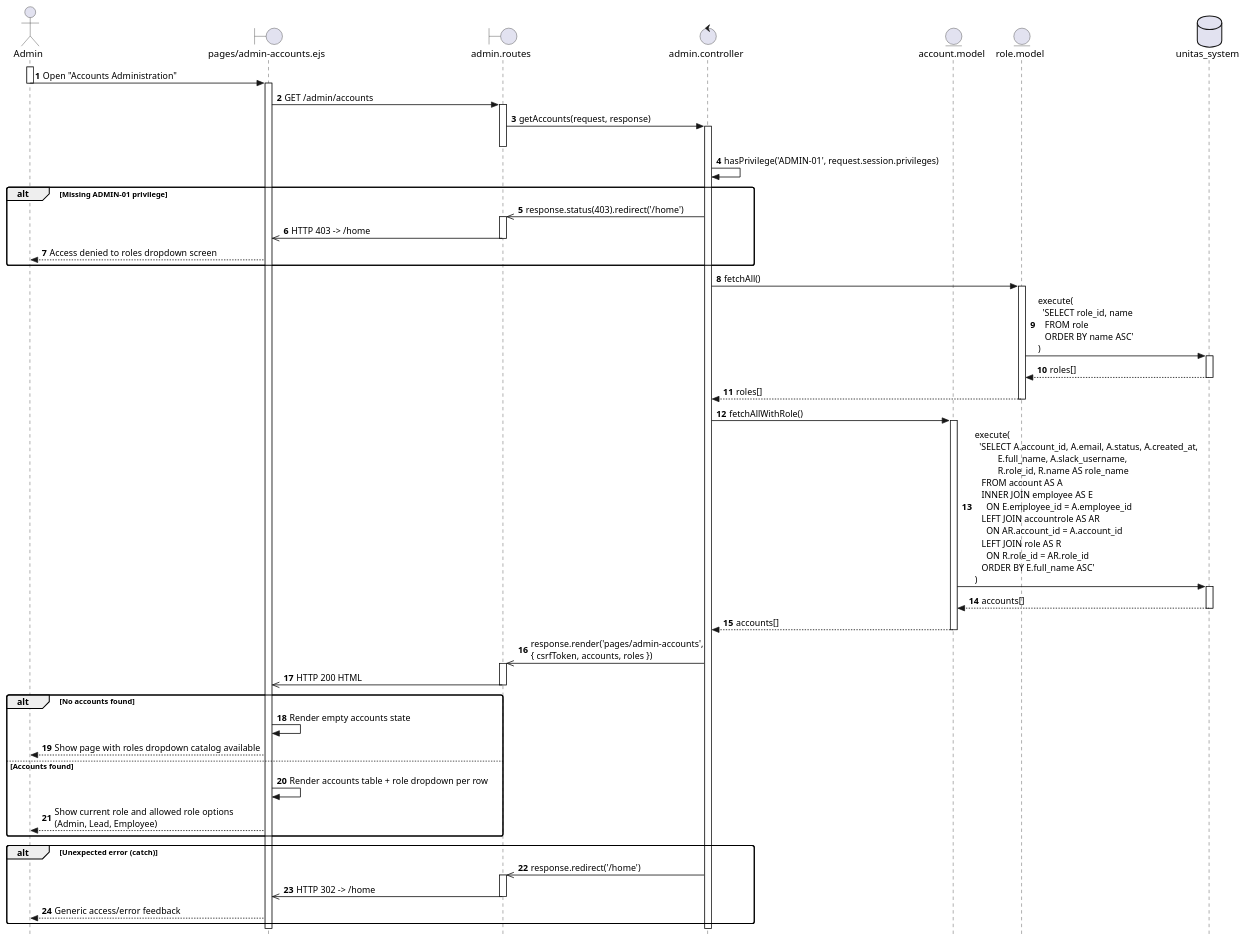
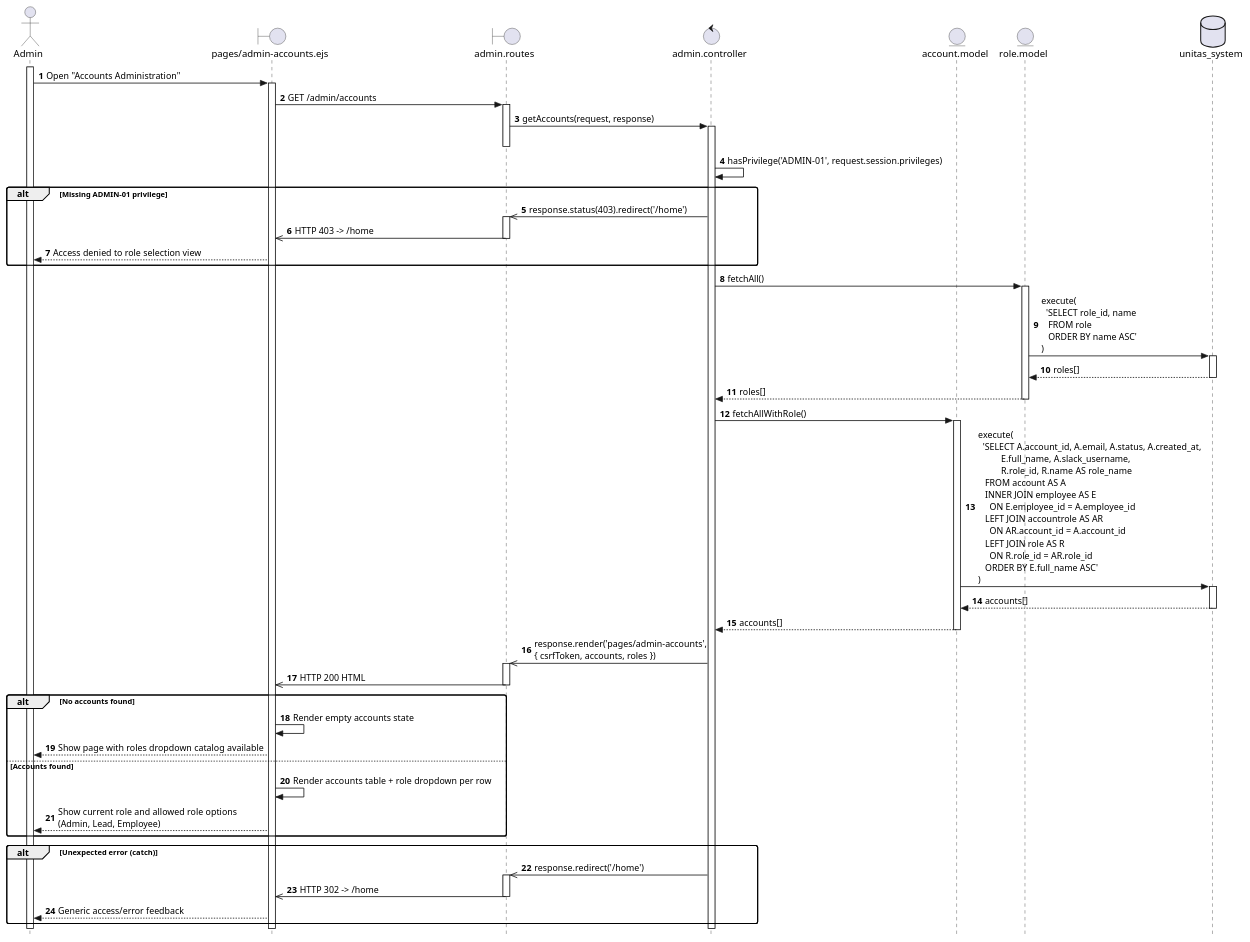
One commit to Berthou05/LimboSoftwareDevelopment_Change.org changed the diagram in documentation/sequence_diagrams/ADMIN-01-SD.puml. Above: the diagram before and after it, drawn with PlantUML. The commit also changed 4 other files, not shown here.

Commit message:
[FIX] Corrected Slack input AL-01 sequence diagram

```diff
--- a/documentation/sequence_diagrams/ADMIN-01-SD.puml
+++ b/documentation/sequence_diagrams/ADMIN-01-SD.puml
@@ -1,77 +1,77 @@
 @startuml
 skinparam style strictuml
 skinparam sequenceArrowThickness 1.2
 skinparam roundcorner 6
 autonumber
 
 actor    "Admin"                 as Admin
 boundary "pages/admin-accounts.ejs" as AccountsView
 boundary "admin.routes"          as Routes
 control  "admin.controller"      as Controller
 entity   "account.model"         as AccountModel
 entity   "role.model"            as RoleModel
 database "unitas_system"         as DB
 
 activate Admin
 Admin -> AccountsView : Open "Accounts Administration"
-deactivate Admin
 activate AccountsView
 AccountsView -> Routes : GET /admin/accounts
 activate Routes
 Routes -> Controller : getAccounts(request, response)
 activate Controller
 deactivate Routes
 
 Controller -> Controller : hasPrivilege('ADMIN-01', request.session.privileges)
 
 alt Missing ADMIN-01 privilege
     Controller ->> Routes : response.status(403).redirect('/home')
     activate Routes
     Routes ->> AccountsView : HTTP 403 -> /home
     deactivate Routes
-    AccountsView --> Admin : Access denied to roles dropdown screen
+    AccountsView --> Admin : Access denied to role selection view
 end
 
 Controller -> RoleModel : fetchAll()
 activate RoleModel
 RoleModel -> DB : execute(\n  'SELECT role_id, name\n   FROM role\n   ORDER BY name ASC'\n)
 activate DB
 DB --> RoleModel : roles[]
 deactivate DB
 RoleModel --> Controller : roles[]
 deactivate RoleModel
 
 Controller -> AccountModel : fetchAllWithRole()
 activate AccountModel
 AccountModel -> DB : execute(\n  'SELECT A.account_id, A.email, A.status, A.created_at,\n          E.full_name, A.slack_username,\n          R.role_id, R.name AS role_name\n   FROM account AS A\n   INNER JOIN employee AS E\n     ON E.employee_id = A.employee_id\n   LEFT JOIN accountrole AS AR\n     ON AR.account_id = A.account_id\n   LEFT JOIN role AS R\n     ON R.role_id = AR.role_id\n   ORDER BY E.full_name ASC'\n)
 activate DB
 DB --> AccountModel : accounts[]
 deactivate DB
 AccountModel --> Controller : accounts[]
 deactivate AccountModel
 
 Controller ->> Routes : response.render('pages/admin-accounts',\n{ csrfToken, accounts, roles })
 activate Routes
 Routes ->> AccountsView : HTTP 200 HTML
 deactivate Routes
 
 alt No accounts found
     AccountsView -> AccountsView : Render empty accounts state
     AccountsView --> Admin : Show page with roles dropdown catalog available
 else Accounts found
     AccountsView -> AccountsView : Render accounts table + role dropdown per row
     AccountsView --> Admin : Show current role and allowed role options\n(Admin, Lead, Employee)
 end
 
 alt Unexpected error (catch)
     Controller ->> Routes : response.redirect('/home')
     activate Routes
     Routes ->> AccountsView : HTTP 302 -> /home
     deactivate Routes
     AccountsView --> Admin : Generic access/error feedback
 end
 
 deactivate Controller
 deactivate AccountsView
+deactivate Admin
 
 @enduml
```
